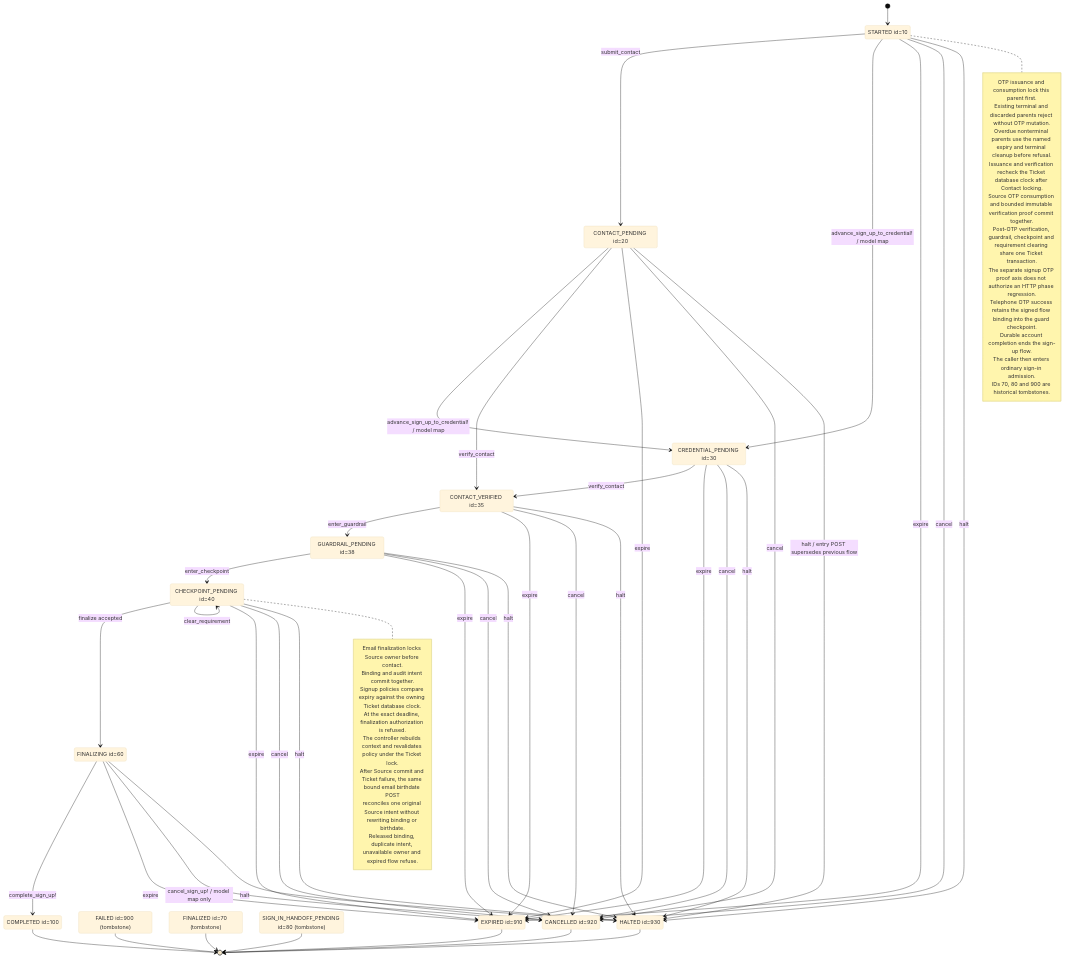
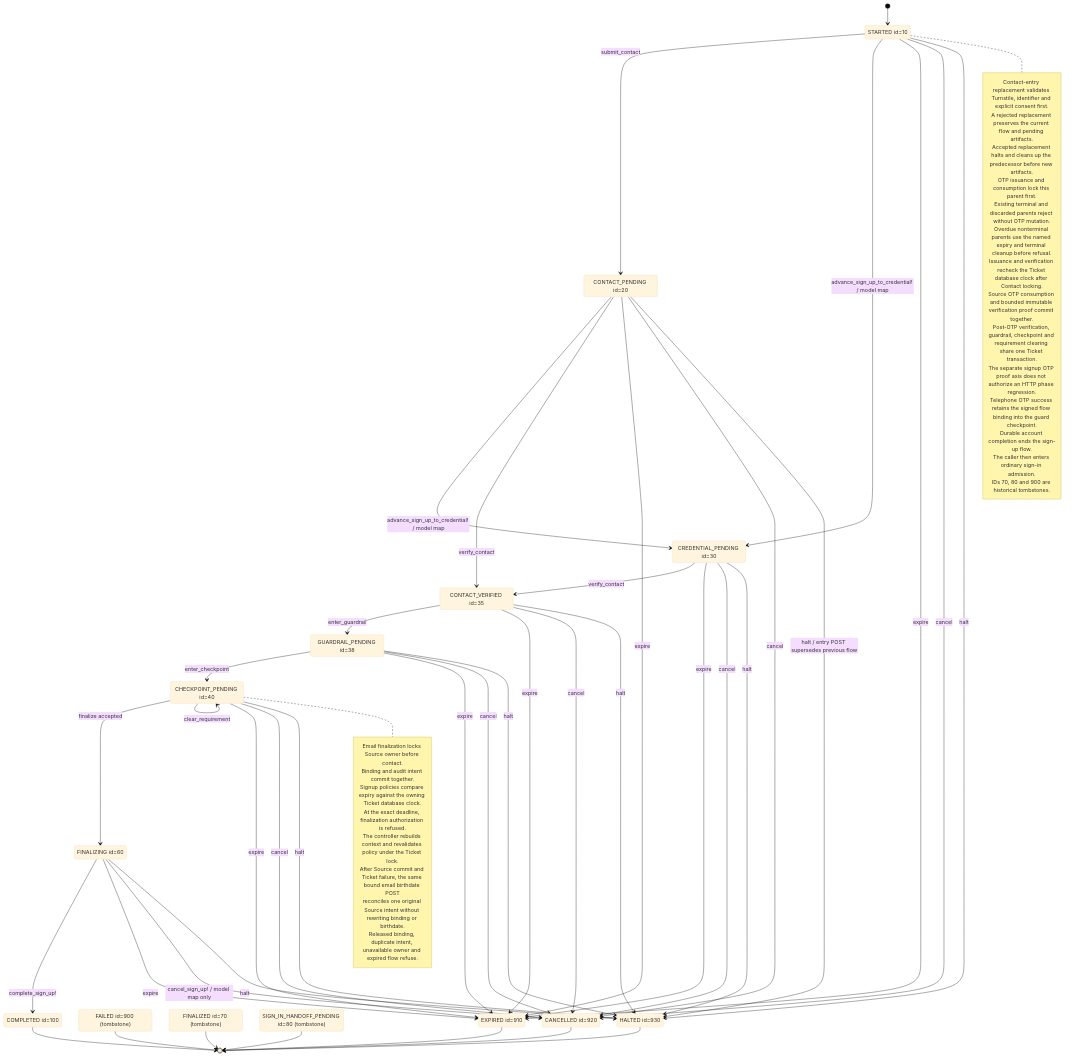
Before and after one commit to seahal/umaxica-apps-jit-global: the diagram in docs/mermaid/idp-visitor-sign-up.mmd, drawn with Mermaid (base theme). The commit also changed 398 other files, not shown here.

```diff
--- a/docs/mermaid/idp-visitor-sign-up.mmd
+++ b/docs/mermaid/idp-visitor-sign-up.mmd
@@ -1,82 +1,85 @@
 stateDiagram-v2
     %% Terminal absorption precedes TTL and requested source validation.
     %% Where the lifecycle has expires_at, overdue requests persist EXPIRED first.
     %% The owning transaction returns an expiry refusal; callers unwrap only after commit.
     %% A refused locked operation rolls back its savepoint before persisting expiry.
     %% CURRENT implementation; sources and guards in transition inventory.
     state "STARTED id=10" as STARTED
     state "CONTACT_PENDING id=20" as CONTACT_PENDING
     state "CREDENTIAL_PENDING id=30" as CREDENTIAL_PENDING
     state "CONTACT_VERIFIED id=35" as CONTACT_VERIFIED
     state "GUARDRAIL_PENDING id=38" as GUARDRAIL_PENDING
     state "CHECKPOINT_PENDING id=40" as CHECKPOINT_PENDING
     state "FINALIZING id=60" as FINALIZING
     state "COMPLETED id=100" as COMPLETED
     state "FAILED id=900 (tombstone)" as FAILED
     state "FINALIZED id=70 (tombstone)" as FINALIZED
     state "SIGN_IN_HANDOFF_PENDING id=80 (tombstone)" as SIGN_IN_HANDOFF_PENDING
     state "EXPIRED id=910" as EXPIRED
     state "CANCELLED id=920" as CANCELLED
     state "HALTED id=930" as HALTED
     [*] --> STARTED
     STARTED --> CONTACT_PENDING: submit_contact
     STARTED --> CREDENTIAL_PENDING: advance_sign_up_to_credential! / model map
     STARTED --> EXPIRED: expire
     STARTED --> CANCELLED: cancel
     STARTED --> HALTED: halt
     CONTACT_PENDING --> CREDENTIAL_PENDING: advance_sign_up_to_credential! / model map
     CONTACT_PENDING --> CONTACT_VERIFIED: verify_contact
     CONTACT_PENDING --> EXPIRED: expire
     CONTACT_PENDING --> CANCELLED: cancel
     CONTACT_PENDING --> HALTED: halt / entry POST supersedes previous flow
     CREDENTIAL_PENDING --> CONTACT_VERIFIED: verify_contact
     CREDENTIAL_PENDING --> EXPIRED: expire
     CREDENTIAL_PENDING --> CANCELLED: cancel
     CREDENTIAL_PENDING --> HALTED: halt
     CONTACT_VERIFIED --> GUARDRAIL_PENDING: enter_guardrail
     CONTACT_VERIFIED --> EXPIRED: expire
     CONTACT_VERIFIED --> CANCELLED: cancel
     CONTACT_VERIFIED --> HALTED: halt
     GUARDRAIL_PENDING --> CHECKPOINT_PENDING: enter_checkpoint
     GUARDRAIL_PENDING --> EXPIRED: expire
     GUARDRAIL_PENDING --> CANCELLED: cancel
     GUARDRAIL_PENDING --> HALTED: halt
     CHECKPOINT_PENDING --> FINALIZING: finalize accepted
     CHECKPOINT_PENDING --> EXPIRED: expire
     CHECKPOINT_PENDING --> CANCELLED: cancel
     CHECKPOINT_PENDING --> HALTED: halt
     FINALIZING --> COMPLETED: complete_sign_up!
     FINALIZING --> EXPIRED: expire
     FINALIZING --> CANCELLED: cancel_sign_up! / model map only
     FINALIZING --> HALTED: halt
     CHECKPOINT_PENDING --> CHECKPOINT_PENDING: clear_requirement
     note right of CHECKPOINT_PENDING
         Email finalization locks Source owner before contact.
         Binding and audit intent commit together.
         Signup policies compare expiry against the owning Ticket database clock.
         At the exact deadline, finalization authorization is refused.
         The controller rebuilds context and revalidates policy under the Ticket lock.
         After Source commit and Ticket failure, the same bound email birthdate POST
         reconciles one original Source intent without rewriting binding or birthdate.
         Released binding, duplicate intent, unavailable owner and expired flow refuse.
     end note
     COMPLETED --> [*]
     FAILED --> [*]
     FINALIZED --> [*]
     SIGN_IN_HANDOFF_PENDING --> [*]
     EXPIRED --> [*]
     CANCELLED --> [*]
     HALTED --> [*]
     note right of STARTED
+        Contact-entry replacement validates Turnstile, identifier and explicit consent first.
+        A rejected replacement preserves the current flow and pending artifacts.
+        Accepted replacement halts and cleans up the predecessor before new artifacts.
         OTP issuance and consumption lock this parent first.
         Existing terminal and discarded parents reject without OTP mutation.
         Overdue nonterminal parents use the named expiry and terminal cleanup before refusal.
         Issuance and verification recheck the Ticket database clock after Contact locking.
         Source OTP consumption and bounded immutable verification proof commit together.
         Post-OTP verification, guardrail, checkpoint and requirement clearing share one Ticket transaction.
         The separate signup OTP proof axis does not authorize an HTTP phase regression.
         Telephone OTP success retains the signed flow binding into the guard checkpoint.
         Durable account completion ends the sign-up flow.
         The caller then enters ordinary sign-in admission.
         IDs 70, 80 and 900 are historical tombstones.
     end note
```
